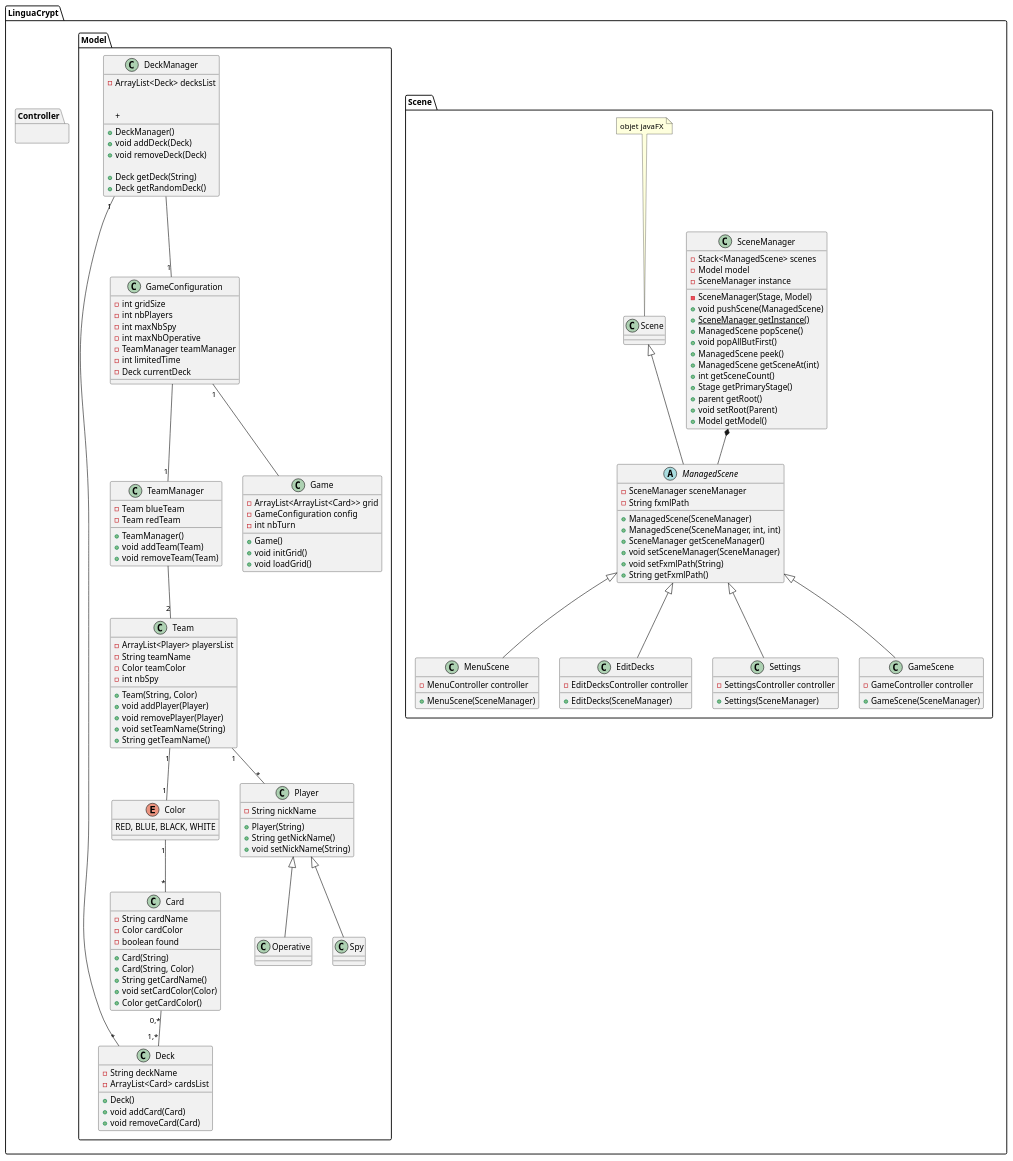
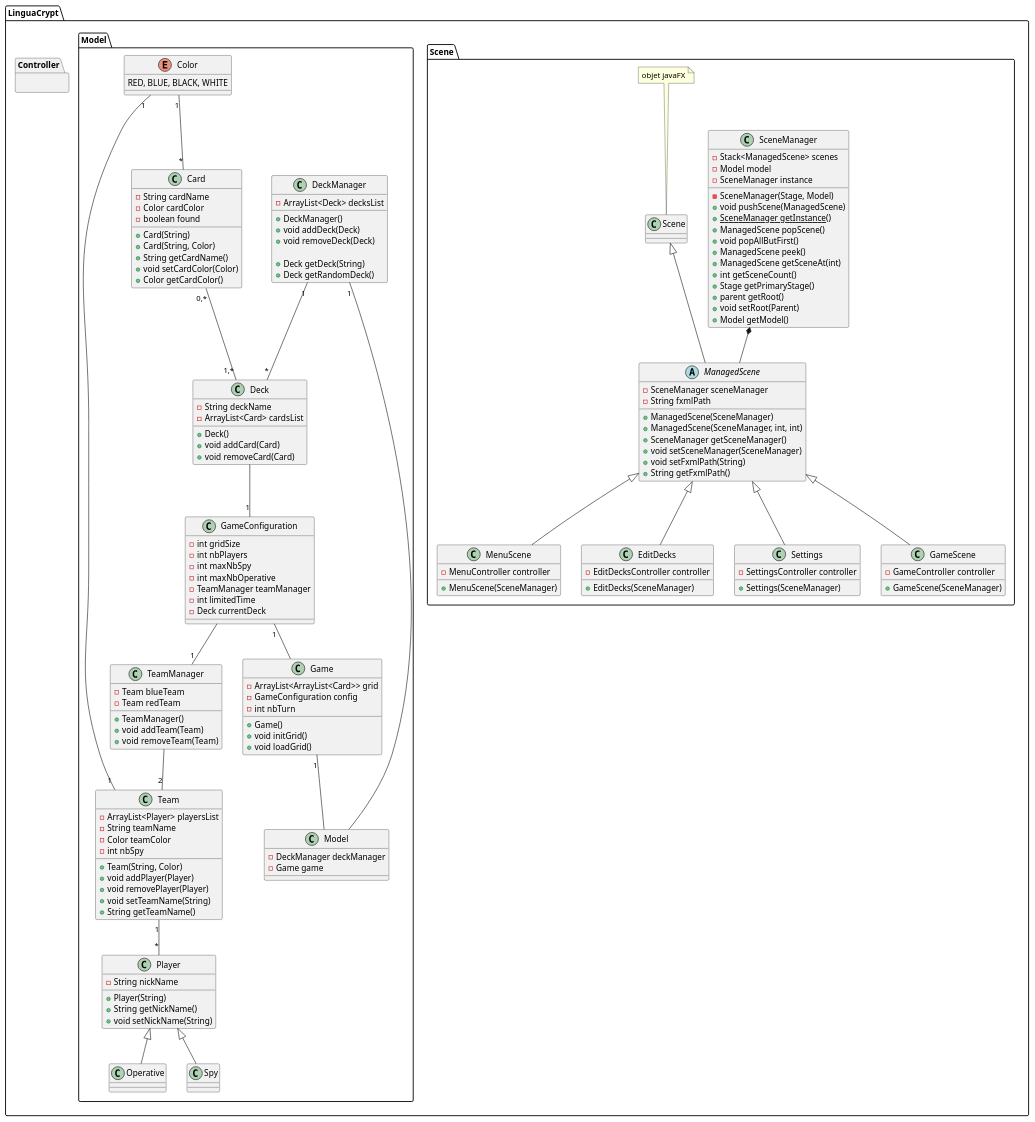
One commit to Esteban795/RetroNames changed the diagram in gdp/Diagramme_De_Classe/diag_d1.plantuml. Above: the diagram before and after it, drawn with PlantUML. The commit also changed 1 other file, not shown here.

Commit message:
[~] added Model class above Game

```diff
--- a/gdp/Diagramme_De_Classe/diag_d1.plantuml
+++ b/gdp/Diagramme_De_Classe/diag_d1.plantuml
@@ -3,184 +3,190 @@
 @startuml
 
 package LinguaCrypt{
     package LinguaCrypt.Scene{
         class SceneManager{
             - Stack<ManagedScene> scenes
             - Model model
             - SceneManager instance
 
             - SceneManager(Stage, Model)
             + void pushScene(ManagedScene)
             + {static} SceneManager getInstance()
             + ManagedScene popScene()
             + void popAllButFirst()
             + ManagedScene peek()
             + ManagedScene getSceneAt(int)
             + int getSceneCount()
             + Stage getPrimaryStage()
             + parent getRoot()
             + void setRoot(Parent)
             + Model getModel()
         }
 
         abstract class ManagedScene extends Scene {
             - SceneManager sceneManager
             - String fxmlPath
             
             + ManagedScene(SceneManager)
             + ManagedScene(SceneManager, int, int)
             + SceneManager getSceneManager()
             + void setSceneManager(SceneManager)
             + void setFxmlPath(String)
             + String getFxmlPath()
             ' get controller ?
         }
 
         class MenuScene extends ManagedScene {
             - MenuController controller
 
             + MenuScene(SceneManager)
         }
 
         class EditDecks extends ManagedScene {
             - EditDecksController controller
 
             + EditDecks(SceneManager)
         }
 
         class Settings extends ManagedScene {
             - SettingsController controller
 
             + Settings(SceneManager)
         }
 
         class GameScene extends ManagedScene {
             - GameController controller
 
             + GameScene(SceneManager)
         }
 
     note "objet javaFX" as N1
     N1 .. Scene
     SceneManager *-- ManagedScene
 
     }
 
     package LinguaCrypt.Controller{ 
         ' un controller par scè1ne 
     }
 
     package LinguaCrypt.Model{
         enum Color{
             RED, BLUE, BLACK, WHITE
         }
 
         class Operative extends Player{}
 
         class Spy extends Player{}
 
         class Player{
             - String nickName
 
             + Player(String)
             + String getNickName()
             + void setNickName(String)
         }
         
         class Team{
             - ArrayList<Player> playersList
             - String teamName
             - Color teamColor
             - int nbSpy
 
 
             + Team(String, Color)
             + void addPlayer(Player)
             + void removePlayer(Player)
             + void setTeamName(String)
             + String getTeamName()
         }
 
         class Card{
             - String cardName
             - Color cardColor
             - boolean found
 
             + Card(String)
             + Card(String, Color)
             + String getCardName()
             + void setCardColor(Color)
             + Color getCardColor()
 
         }
 
         class Deck{
             - String deckName
             - ArrayList<Card> cardsList
 
             + Deck()
             + void addCard(Card)
             + void removeCard(Card)
         }
 
         class GameConfiguration{
             - int gridSize
             - int nbPlayers
             - int maxNbSpy
             - int maxNbOperative 
             - TeamManager teamManager
             - int limitedTime /' -1 if time not limited  '/
             - Deck currentDeck
 
             
         }
 
         class DeckManager{
             - ArrayList<Deck> decksList
 
             + DeckManager()
             + void addDeck(Deck)
             + void removeDeck(Deck)
 
             + Deck getDeck(String)
             + Deck getRandomDeck()
-            +
             
             
         }
 
         class TeamManager{
             - Team blueTeam
             - Team redTeam
 
             + TeamManager()
             + void addTeam(Team)
             + void removeTeam(Team)
         
         }
 
         class Game{
             - ArrayList<ArrayList<Card>> grid
             - GameConfiguration config
             - int nbTurn
             
             + Game()
             + void initGrid()
             + void loadGrid()
         }
 
+        class Model{
+            - DeckManager deckManager
+            - Game game
+        }
+
 
 
         Team "1"--"*" Player
         Team "1"--"1" Color
         Color "1"--"*" Card
         Card "0,*"--"1,*" Deck
         GameConfiguration "1"-- Game
         GameConfiguration --"1" TeamManager
         TeamManager --"2" Team
         DeckManager "1"--"*" Deck
-        DeckManager --"1" GameConfiguration
+        Deck --"1" GameConfiguration
+        DeckManager "1"-- Model
+        Game "1"-- Model
     }
 }
 
 @enduml
```
